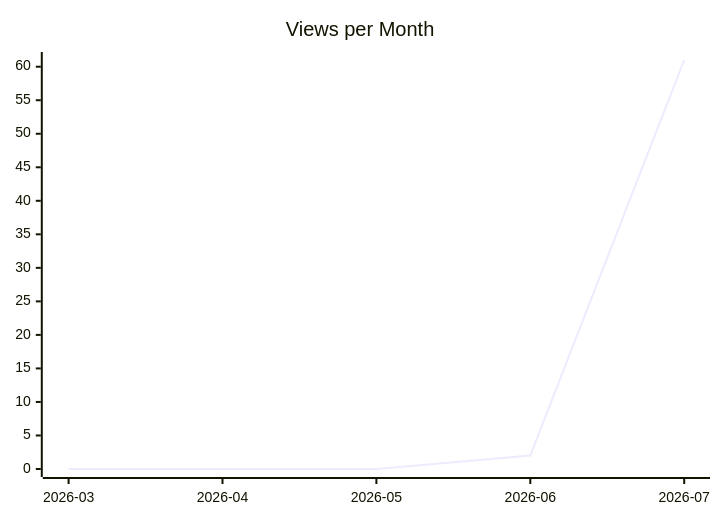
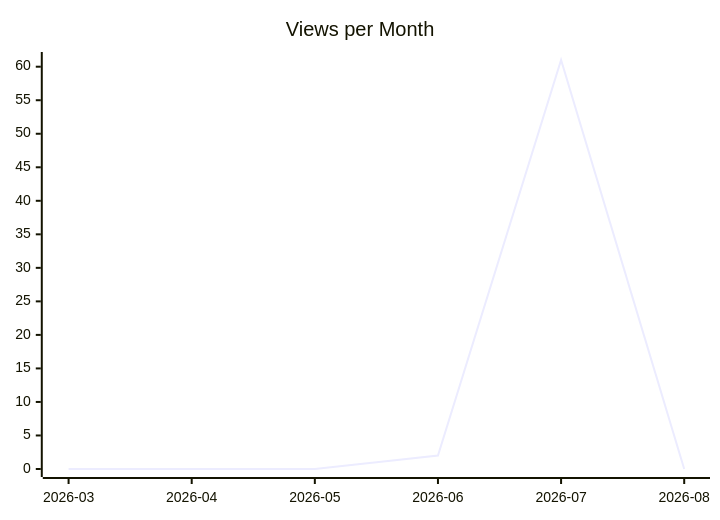
The second of 3 diagrams in karlmdavis/dotfiles/README.md (justdavis-family/github-analytics-data), drawn with Mermaid before and after one commit. The commit also changed other lines of this file and 132 other files, not shown here.

````diff
--- a/karlmdavis/dotfiles/README.md
+++ b/karlmdavis/dotfiles/README.md
@@ -12,6 +12,6 @@
 ```mermaid
 xychart-beta
   title "Views per Month"
-  x-axis ["2026-03", "2026-04", "2026-05", "2026-06", "2026-07"]
-  line [0, 0, 0, 2, 61]
+  x-axis ["2026-03", "2026-04", "2026-05", "2026-06", "2026-07", "2026-08"]
+  line [0, 0, 0, 2, 61, 0]
 ```
````
